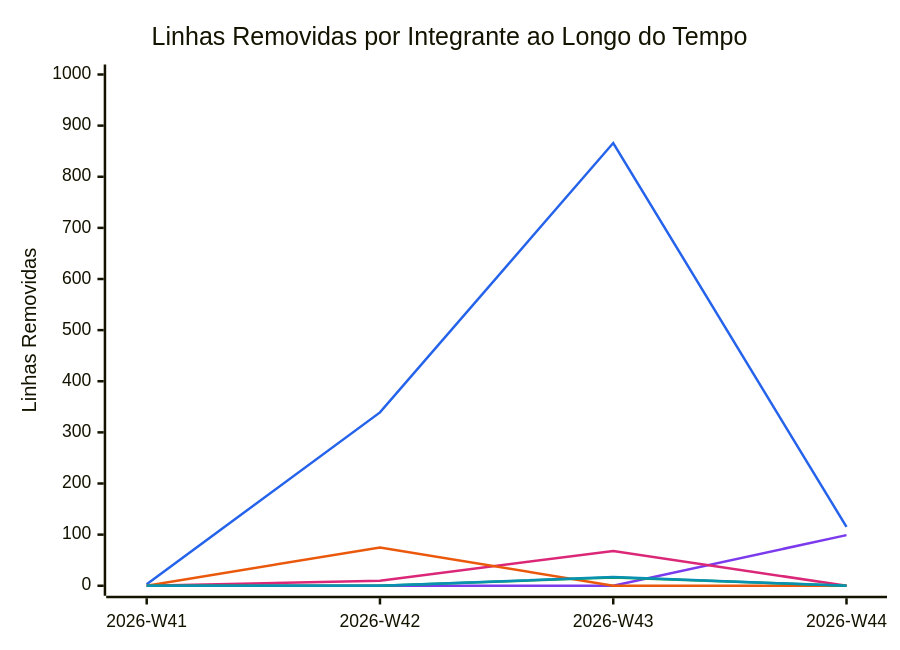
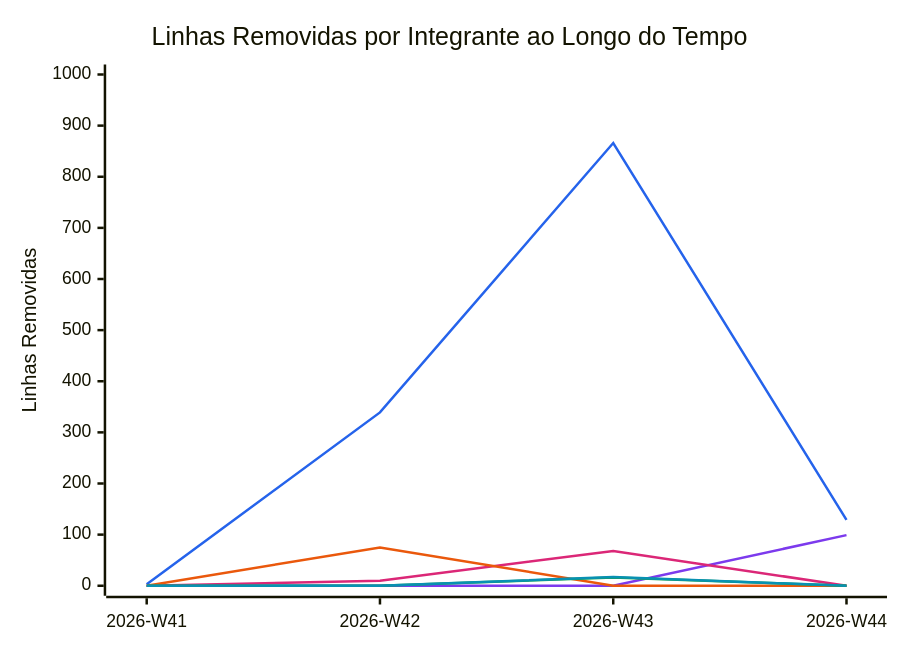
Before and after one commit to FCTE-Qualidade-de-Software-1/2026-2_T02_FRANS_BILAS: the diagram in documentation/snippets/management/code-deletions.mmd, drawn with Mermaid. The commit also changed 5 other files, not shown here.

```diff
--- a/documentation/snippets/management/code-deletions.mmd
+++ b/documentation/snippets/management/code-deletions.mmd
@@ -1,11 +1,11 @@
 %%{init: {"themeVariables": {"xyChart": {"plotColorPalette": "#2563eb, #7c3aed, #db2777, #ea580c, #16a34a, #0891b2"}}}}%%
 xychart-beta
     title "Linhas Removidas por Integrante ao Longo do Tempo"
     x-axis ["2026-W41", "2026-W42", "2026-W43", "2026-W44"]
     y-axis "Linhas Removidas" 0 --> 1000
-    line [3, 339, 866, 115]
+    line [3, 339, 866, 129]
     line [0, 0, 0, 99]
     line [0, 10, 68, 0]
     line [0, 75, 0, 0]
     line [0, 0, 16, 0]
     line [0, 0, 17, 0]
```
